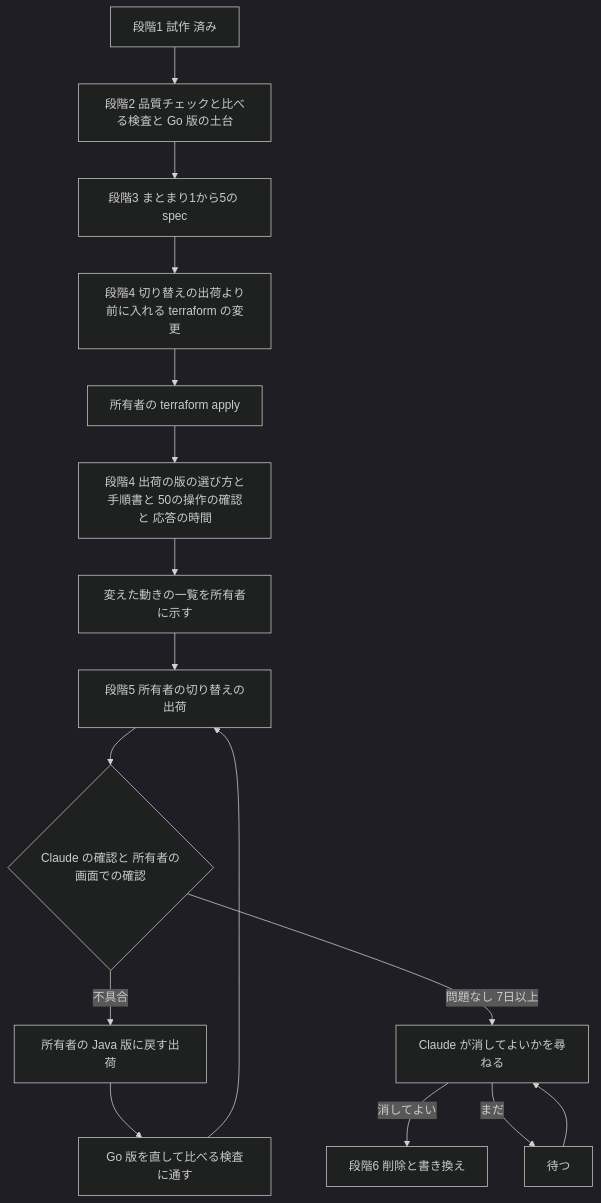
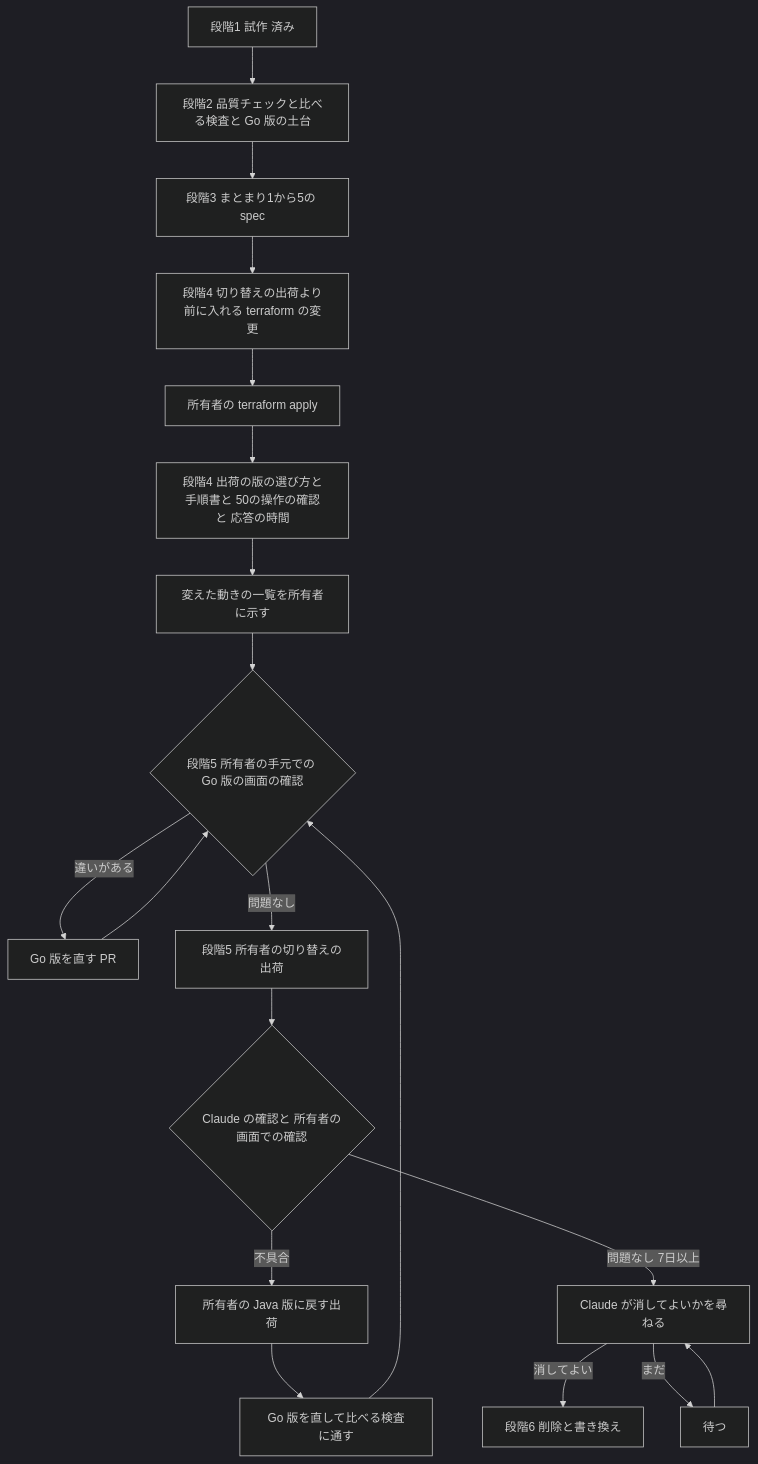
One commit to DogisRiki/KeirekiPro changed the fourth of 4 diagrams in .kiro/specs/backend-go-replacement/design.md. Above: the diagram before and after it, drawn with Mermaid (dark theme). The commit also changed other lines of this file and 8 other files, not shown here.

````diff
--- a/.kiro/specs/backend-go-replacement/design.md
+++ b/.kiro/specs/backend-go-replacement/design.md
@@ -1030,18 +1045,21 @@
 ```mermaid
 flowchart TB
     S1[段階1 試作 済み] --> S2[段階2 品質チェックと比べる検査と Go 版の土台]
     S2 --> S3[段階3 まとまり1から5の spec]
     S3 --> S4a[段階4 切り替えの出荷より前に入れる terraform の変更]
     S4a --> Apply1[所有者の terraform apply]
     Apply1 --> S4b[段階4 出荷の版の選び方と手順書と 50の操作の確認と 応答の時間]
     S4b --> Show[変えた動きの一覧を所有者に示す]
-    Show --> S5[段階5 所有者の切り替えの出荷]
+    Show --> Local{段階5 所有者の手元での Go 版の画面の確認}
+    Local -->|違いがある| LocalFix[Go 版を直す PR]
+    LocalFix --> Local
+    Local -->|問題なし| S5[段階5 所有者の切り替えの出荷]
     S5 --> Check{Claude の確認と 所有者の画面での確認}
     Check -->|不具合| Back[所有者の Java 版に戻す出荷]
     Back --> Fix[Go 版を直して比べる検査に通す]
-    Fix --> S5
+    Fix --> Local
     Check -->|問題なし 7日以上| Ask[Claude が消してよいかを尋ねる]
     Ask -->|消してよい| S6[段階6 削除と書き換え]
     Ask -->|まだ| Wait[待つ]
     Wait --> Ask
 ```
````
